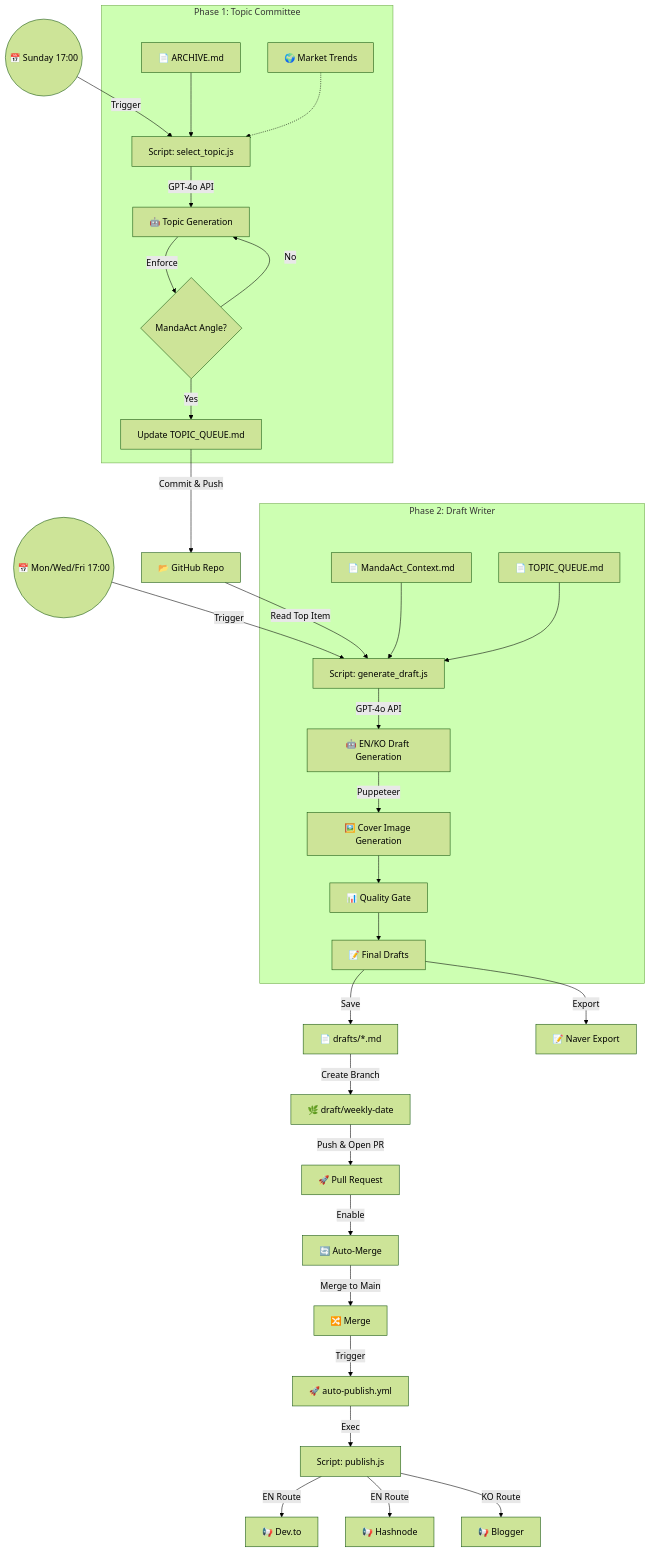
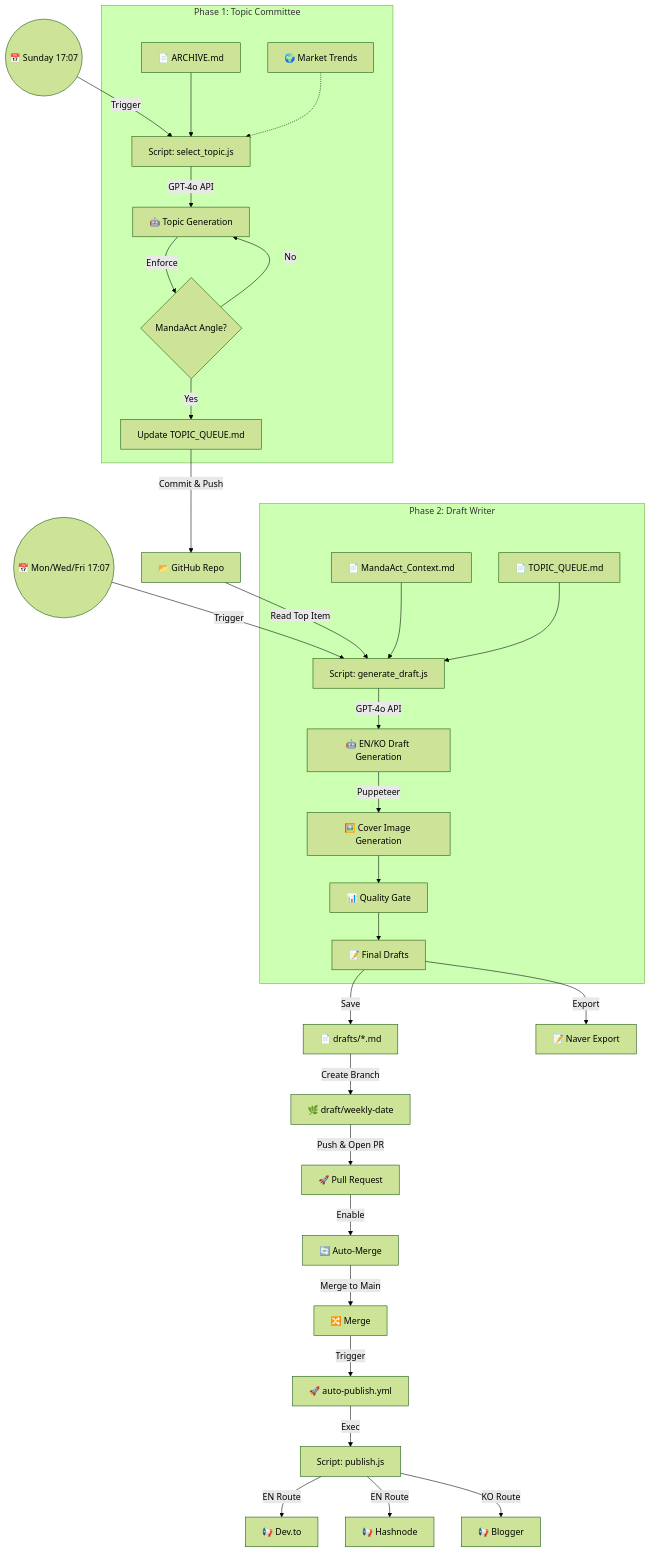
The diagram in AUTOMATION_FLOW.md (hevi35-coder/content-publisher), drawn with Mermaid (forest theme) before and after one commit. The commit also changed 9 other files, not shown here.

````diff
--- a/AUTOMATION_FLOW.md
+++ b/AUTOMATION_FLOW.md
@@ -5,47 +5,47 @@
 ```mermaid
 graph TD
     %% Schedules (KST)
-    Sunday((📅 Sunday 17:00)) -->|Trigger| TopicCommittee
-    MWF((📅 Mon/Wed/Fri 17:00)) -->|Trigger| DraftWriter
+    Sunday((📅 Sunday 17:07)) -->|Trigger| TopicCommittee
+    MWF((📅 Mon/Wed/Fri 17:07)) -->|Trigger| DraftWriter
 
     %% Phase 1: Topic Selection
     subgraph "Phase 1: Topic Committee"
         TopicCommittee[Script: select_topic.js]
         Archive[📄 ARCHIVE.md] --> TopicCommittee
         Trends[🌍 Market Trends] -.-> TopicCommittee
         TopicCommittee -->|GPT-4o API| AI_Topic[🤖 Topic Generation]
         AI_Topic -->|Enforce| MandaActAngle{MandaAct Angle?}
         MandaActAngle -- Yes --> QueueUpd[Update TOPIC_QUEUE.md]
         MandaActAngle -- No --> AI_Topic
     end
 
     %% Connection
     QueueUpd -->|Commit & Push| Repo[📂 GitHub Repo]
     Repo -->|Read Top Item| DraftWriter
 
     %% Phase 2: Draft Generation
     subgraph "Phase 2: Draft Writer"
         DraftWriter[Script: generate_draft.js]
         Context[📄 MandaAct_Context.md] --> DraftWriter
         Queue[📄 TOPIC_QUEUE.md] --> DraftWriter
         DraftWriter -->|GPT-4o API| AI_Draft[🤖 EN/KO Draft Generation]
         AI_Draft -->|Puppeteer| CoverGen[🖼️ Cover Image Generation]
         CoverGen --> QualityGate[📊 Quality Gate]
         QualityGate --> FinalDraft[📝 Final Drafts]
     end
 
     %% Phase 3: Delivery + Auto-Merge
     FinalDraft -->|Save| DraftFile[📄 drafts/*.md]
     DraftFile -->|Create Branch| Branch[🌿 draft/weekly-date]
     Branch -->|Push & Open PR| PR[🚀 Pull Request]
     PR -->|Enable| AutoMerge[🔄 Auto-Merge]
 
     %% Phase 4: Publish
     AutoMerge -->|Merge to Main| Merge[🔀 Merge]
     Merge -->|Trigger| AutoPublish[🚀 auto-publish.yml]
     AutoPublish -->|Exec| PublishScript[Script: publish.js]
     PublishScript -->|EN Route| DevTo[📢 Dev.to]
     PublishScript -->|EN Route| Hashnode[📢 Hashnode]
     PublishScript -->|KO Route| Blogger[📢 Blogger]
     FinalDraft -->|Export| Naver[📝 Naver Export]
 ```
````
